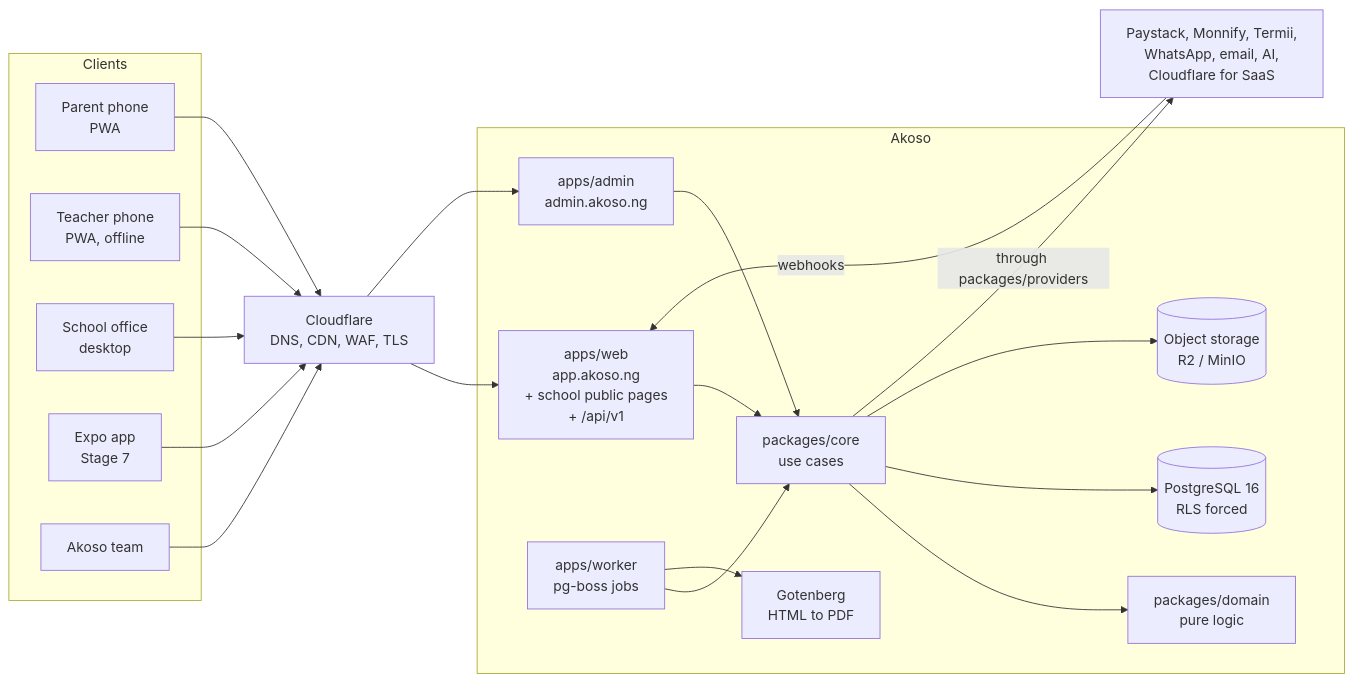
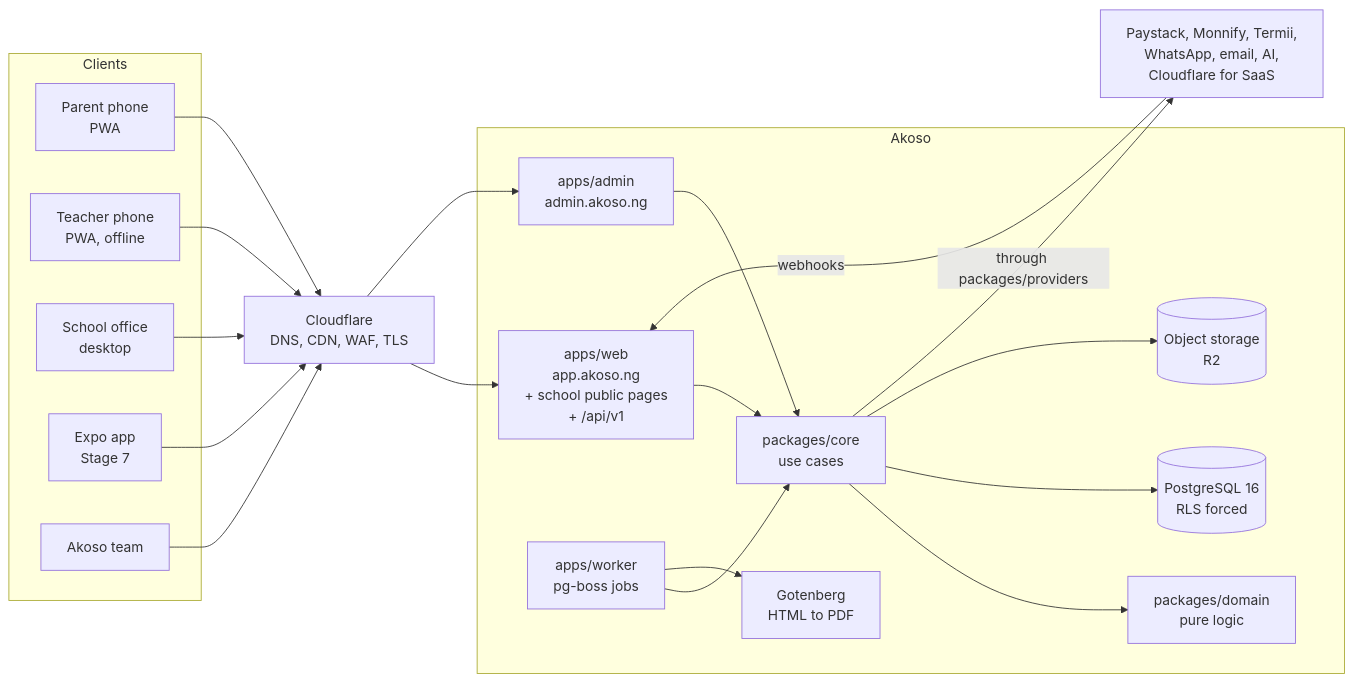
The first of 5 diagrams in docs/ARCHITECTURE.md (ShedrackAudu/akoso), drawn with Mermaid before and after one commit. The commit also changed other lines of this file and 29 other files, not shown here.

````diff
--- a/docs/ARCHITECTURE.md
+++ b/docs/ARCHITECTURE.md
@@ -18,30 +18,30 @@
 ```mermaid
 flowchart LR
   subgraph Clients
     P[Parent phone<br/>PWA]
     T[Teacher phone<br/>PWA, offline]
     S[School office<br/>desktop]
     M[Expo app<br/>Stage 7]
     AK[Akoso team]
   end
   CF[Cloudflare<br/>DNS, CDN, WAF, TLS]
   subgraph Akoso
     WEB[apps/web<br/>app.akoso.ng<br/>+ school public pages<br/>+ /api/v1]
     ADM[apps/admin<br/>admin.akoso.ng]
     WRK[apps/worker<br/>pg-boss jobs]
     CORE[packages/core<br/>use cases]
     DOM[packages/domain<br/>pure logic]
     DB[(PostgreSQL 16<br/>RLS forced)]
     GOT[Gotenberg<br/>HTML to PDF]
-    R2[(Object storage<br/>R2 / MinIO)]
+    R2[(Object storage<br/>R2)]
   end
   EXT[Paystack, Monnify, Termii,<br/>WhatsApp, email, AI,<br/>Cloudflare for SaaS]
   P & T & S & M --> CF --> WEB
   AK --> CF --> ADM
   WEB & ADM & WRK --> CORE --> DOM
   CORE --> DB
   WRK --> GOT
   CORE --> R2
   CORE -- through packages/providers --> EXT
   EXT -- webhooks --> WEB
 ```
````
